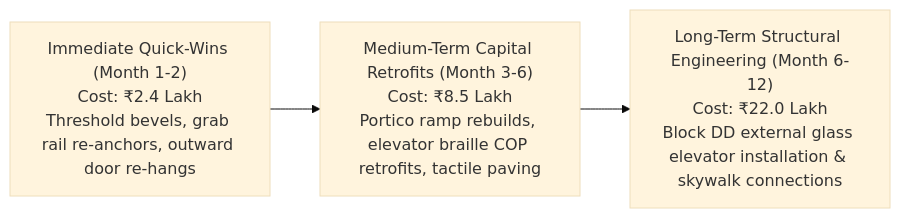
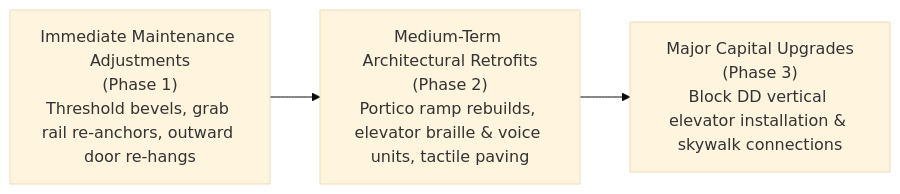
The diagram in research/BARRIER_TAXONOMY_AND_FINDINGS.md (VaibhavTiwari006/S-06-Accessibility-Audit-Inclusion-Improvement-Drive-on-Campus), drawn with Mermaid (base theme) before and after one commit. The commit also changed other lines of this file, not shown here.

````diff
--- a/research/BARRIER_TAXONOMY_AND_FINDINGS.md
+++ b/research/BARRIER_TAXONOMY_AND_FINDINGS.md
@@ -124,6 +127,6 @@
 ```mermaid
 flowchart LR
-    A["Immediate Quick-Wins (Month 1-2)<br/>Cost: ₹2.4 Lakh<br/>Threshold bevels, grab rail re-anchors, outward door re-hangs"] 
-    --> B["Medium-Term Capital Retrofits (Month 3-6)<br/>Cost: ₹8.5 Lakh<br/>Portico ramp rebuilds, elevator braille COP retrofits, tactile paving"]
-    --> C["Long-Term Structural Engineering (Month 6-12)<br/>Cost: ₹22.0 Lakh<br/>Block DD external glass elevator installation & skywalk connections"]
+    A["Immediate Maintenance Adjustments<br/>(Phase 1)<br/>Threshold bevels, grab rail re-anchors, outward door re-hangs"] 
+    --> B["Medium-Term Architectural Retrofits<br/>(Phase 2)<br/>Portico ramp rebuilds, elevator braille & voice units, tactile paving"]
+    --> C["Major Capital Upgrades<br/>(Phase 3)<br/>Block DD vertical elevator installation & skywalk connections"]
 ```
````
